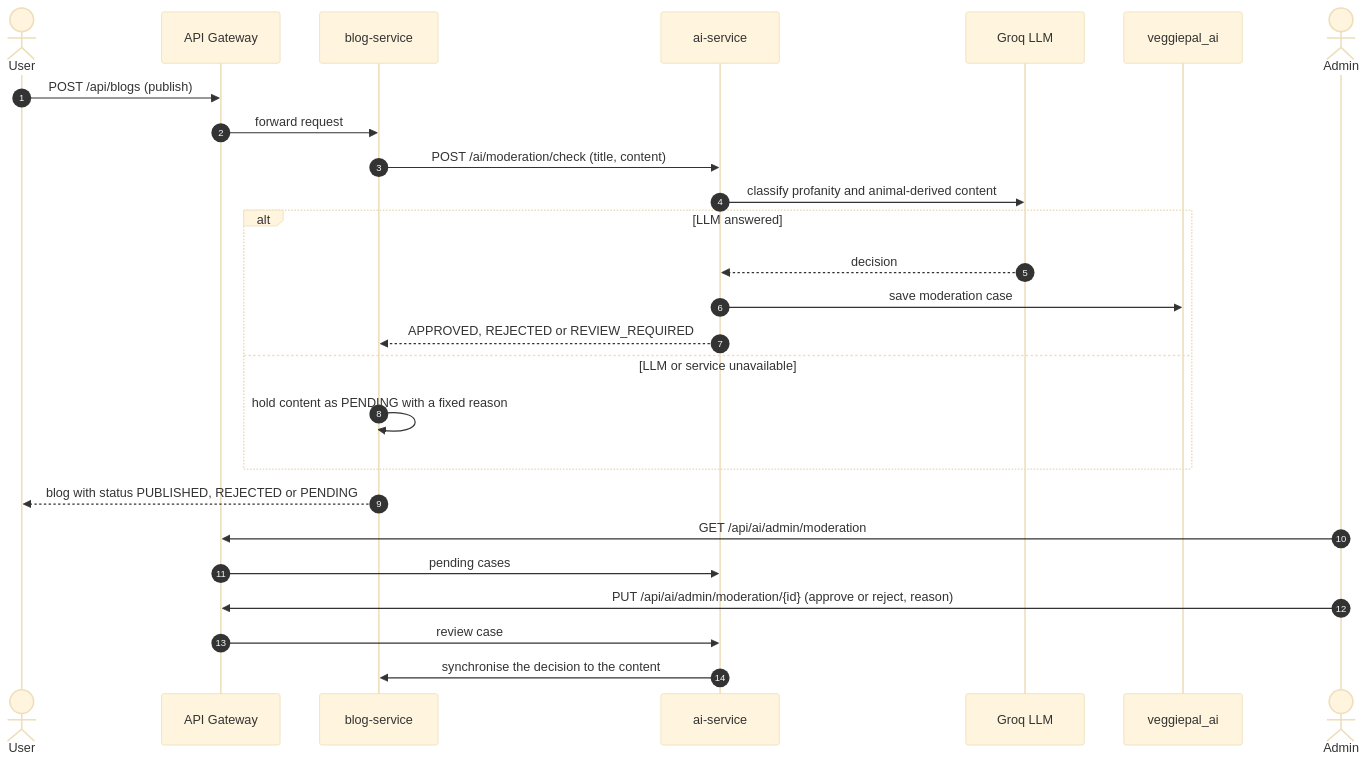
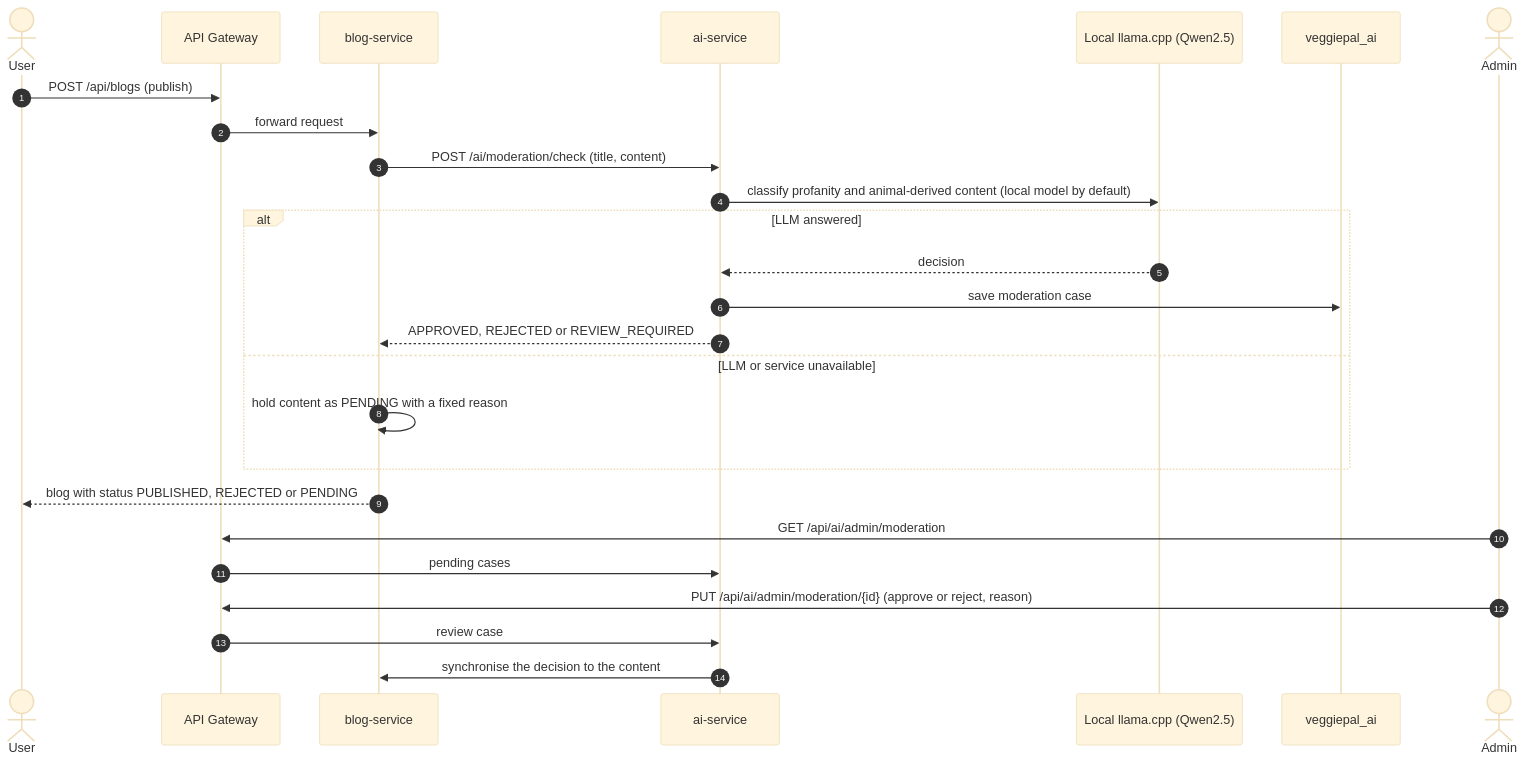
Diagram 27 of 33 in docs/REPORT7_FINAL_PROJECT_REPORT.md (Phu0312/VeggiePal-Microservice), drawn with Mermaid (base theme) before and after one commit. The commit also changed other lines of this file and 7 other files, not shown here.

````diff
--- a/docs/REPORT7_FINAL_PROJECT_REPORT.md
+++ b/docs/REPORT7_FINAL_PROJECT_REPORT.md
@@ -2348,29 +2370,29 @@
 ```mermaid
 sequenceDiagram
     autonumber
     actor U as User
     participant GW as API Gateway
     participant BL as blog-service
     participant AI as ai-service
-    participant GQ as Groq LLM
+    participant GQ as Local llama.cpp (Qwen2.5)
     participant DB as veggiepal_ai
     actor AD as Admin
 
     U->>GW: POST /api/blogs (publish)
     GW->>BL: forward request
     BL->>AI: POST /ai/moderation/check (title, content)
-    AI->>GQ: classify profanity and animal-derived content
+    AI->>GQ: classify profanity and animal-derived content (local model by default)
     alt LLM answered
         GQ-->>AI: decision
         AI->>DB: save moderation case
         AI-->>BL: APPROVED, REJECTED or REVIEW_REQUIRED
     else LLM or service unavailable
         BL->>BL: hold content as PENDING with a fixed reason
     end
     BL-->>U: blog with status PUBLISHED, REJECTED or PENDING
     AD->>GW: GET /api/ai/admin/moderation
     GW->>AI: pending cases
     AD->>GW: PUT /api/ai/admin/moderation/{id} (approve or reject, reason)
     GW->>AI: review case
     AI->>BL: synchronise the decision to the content
 ```
````
